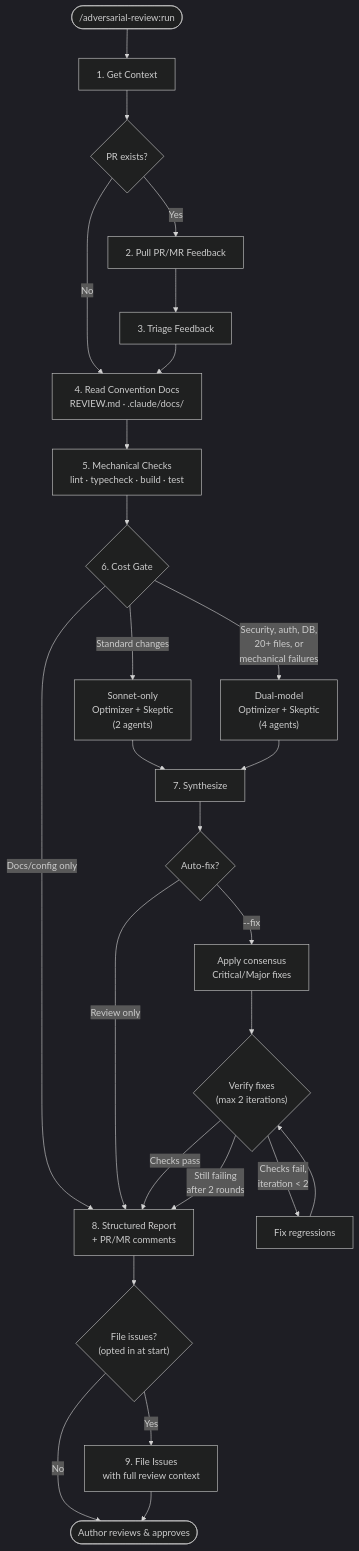
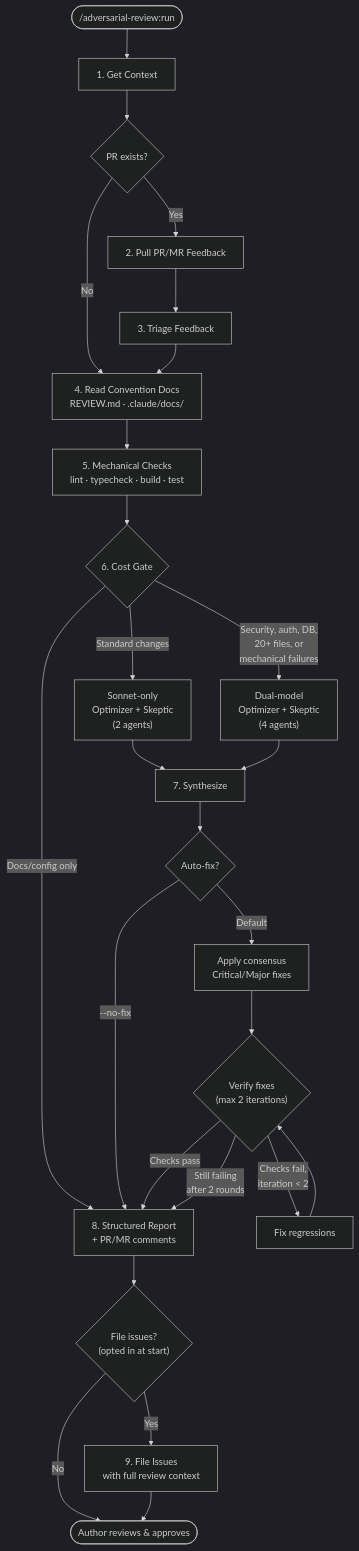
Before and after one commit to ng/adversarial-review: the first of 2 diagrams in README.md, drawn with Mermaid (dark theme). The commit also changed other lines of this file and 3 other files, not shown here.

````diff
--- a/README.md
+++ b/README.md
@@ -32,26 +32,26 @@
 ```mermaid
 flowchart TD
     Start(["/adversarial-review:run"]) --> Context["1. Get Context"]
     Context --> PR{PR exists?}
     PR -->|Yes| Feedback["2. Pull PR/MR Feedback"]
     PR -->|No| Docs
     Feedback --> Triage["3. Triage Feedback"]
     Triage --> Docs["4. Read Convention Docs<br/>REVIEW.md · .claude/docs/"]
     Docs --> Mechanical["5. Mechanical Checks<br/>lint · typecheck · build · test"]
     Mechanical --> Gate{"6. Cost Gate"}
     Gate -->|"Docs/config only"| Report
     Gate -->|"Standard changes"| Standard["Sonnet-only<br/>Optimizer + Skeptic<br/>(2 agents)"]
     Gate -->|"Security, auth, DB,<br/>20+ files, or<br/>mechanical failures"| Full["Dual-model<br/>Optimizer + Skeptic<br/>(4 agents)"]
     Standard & Full --> Synth["7. Synthesize"]
     Synth --> ModeCheck{Auto-fix?}
-    ModeCheck -->|"Review only"| Report
-    ModeCheck -->|"--fix"| Apply["Apply consensus<br/>Critical/Major fixes"]
+    ModeCheck -->|"--no-fix"| Report
+    ModeCheck -->|"Default"| Apply["Apply consensus<br/>Critical/Major fixes"]
     Apply --> Verify{"Verify fixes<br/>(max 2 iterations)"}
     Verify -->|"Checks pass"| Report
     Verify -->|"Checks fail,<br/>iteration < 2"| Fix["Fix regressions"] --> Verify
     Verify -->|"Still failing<br/>after 2 rounds"| Report
     Report["8. Structured Report<br/>+ PR/MR comments"] --> Issues{"File issues?<br/>(opted in at start)"}
     Issues -->|Yes| File["9. File Issues<br/>with full review context"]
     Issues -->|No| Done
     File --> Done([Author reviews & approves])
 ```
````
